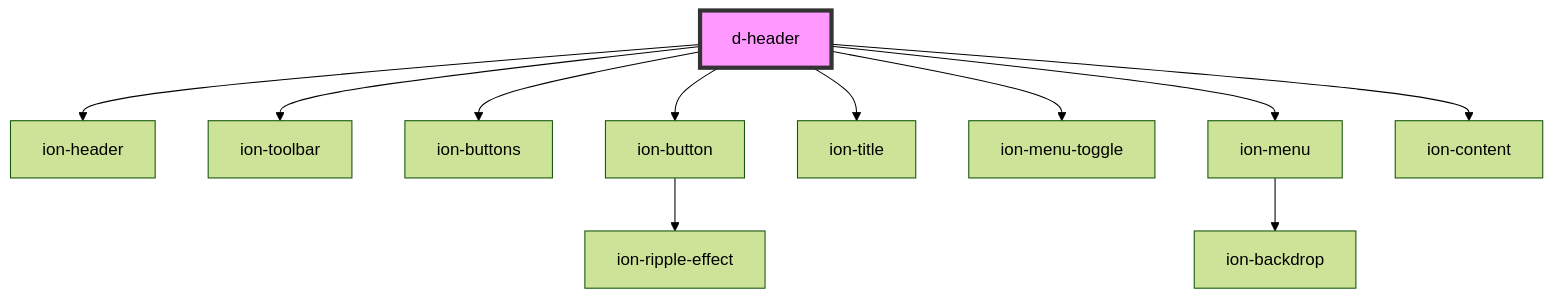
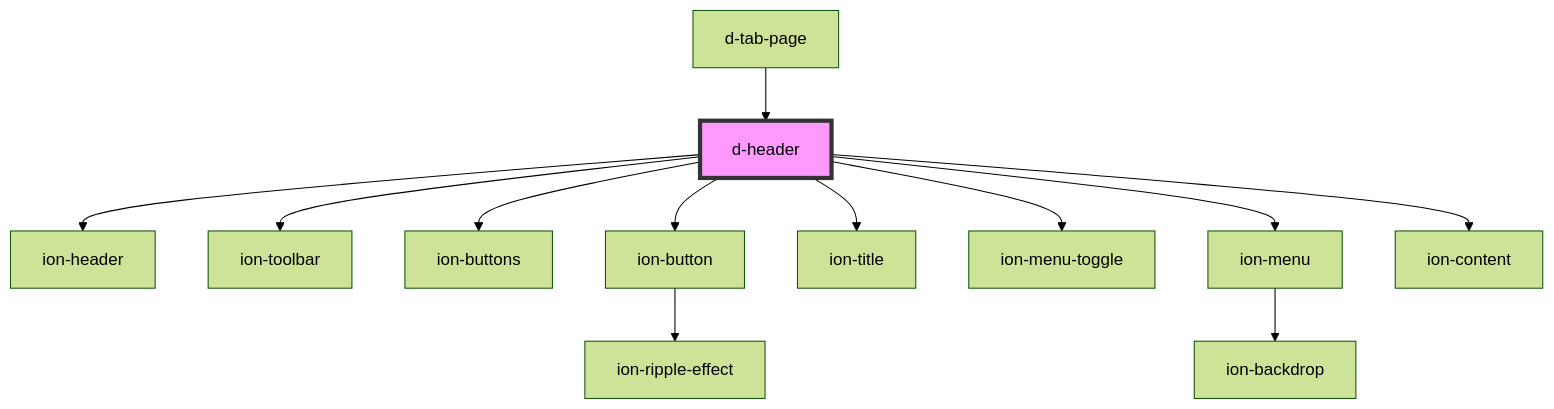
Before and after one commit to ForkbombEu/didroom-components: the diagram in src/components/header/readme.md, drawn with Mermaid (forest theme). The commit also changed other lines of this file and 9 other files, not shown here.

Commit message:
feat: tab page layout

````diff
--- a/src/components/header/readme.md
+++ b/src/components/header/readme.md
@@ -30,14 +34,15 @@
 ```mermaid
 graph TD;
   d-header --> ion-header
   d-header --> ion-toolbar
   d-header --> ion-buttons
   d-header --> ion-button
   d-header --> ion-title
   d-header --> ion-menu-toggle
   d-header --> ion-menu
   d-header --> ion-content
   ion-button --> ion-ripple-effect
   ion-menu --> ion-backdrop
+  d-tab-page --> d-header
   style d-header fill:#f9f,stroke:#333,stroke-width:4px
 ```
````
